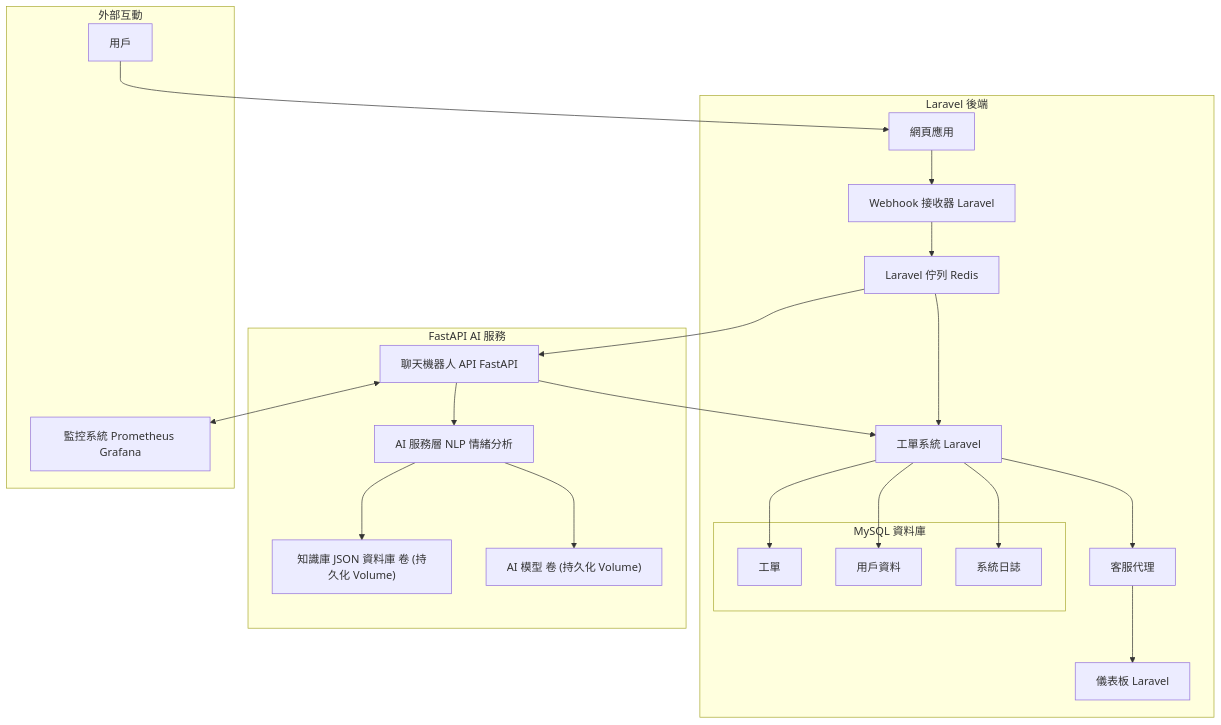
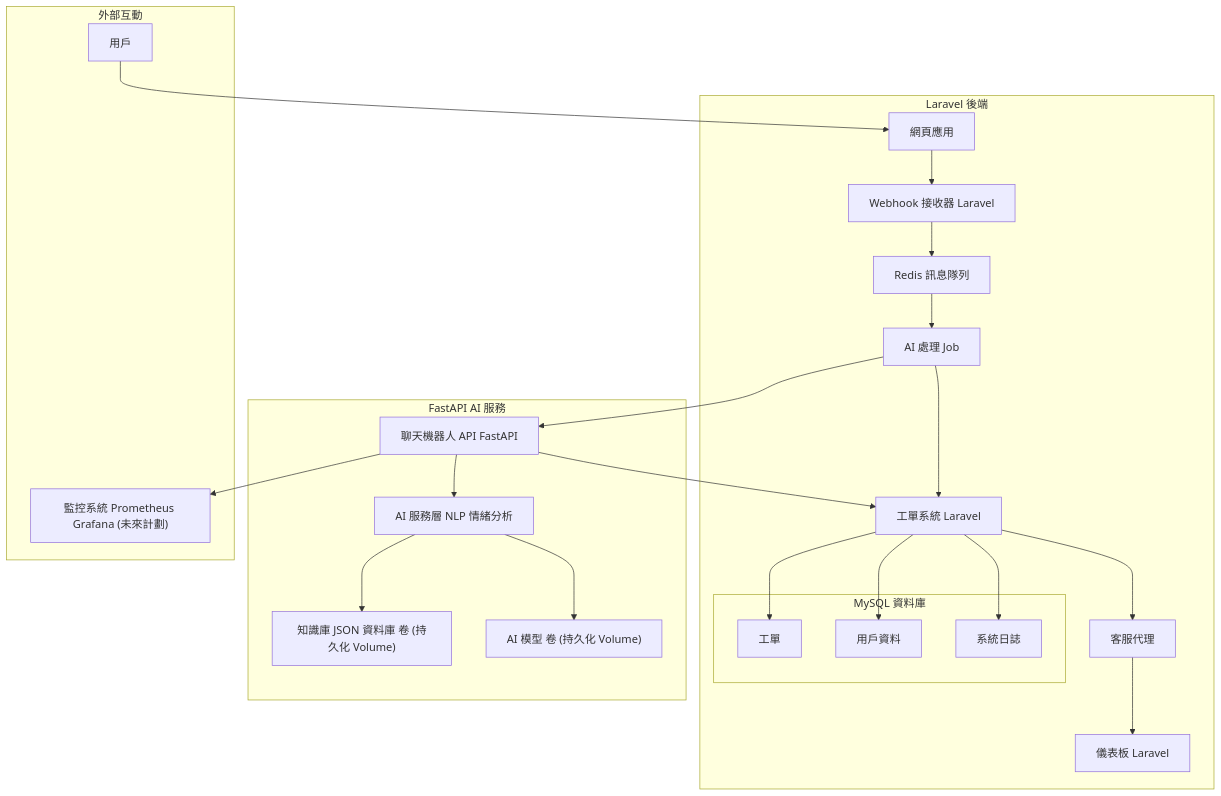
Before and after one commit to BpsEason/smart-customer-support-system: the diagram in README.md, drawn with Mermaid.

````diff
--- a/README.md
+++ b/README.md
@@ -30,33 +30,34 @@
 ```mermaid
 graph TD
     subgraph Laravel 後端
         B["網頁應用"] --> C["Webhook 接收器 Laravel"]
-        C --> D["Laravel 佇列 Redis"]
+        C --> R["Redis 訊息隊列"]
+        R --> D["AI 處理 Job"]
         D --> I["工單系統 Laravel"]
         I --> J["客服代理"]
         J --> K["儀表板 Laravel"]
         subgraph MySQL 資料庫
             M1["工單"]
             M2["用戶資料"]
             M3["系統日誌"]
         end
         I --> M1
         I --> M2
         I --> M3
     end
 
     subgraph FastAPI AI 服務
         E["聊天機器人 API FastAPI"] --> F["AI 服務層 NLP 情緒分析"]
         F --> G["知識庫 JSON 資料庫 卷 (持久化 Volume)"]
         F --> H["AI 模型 卷 (持久化 Volume)"]
         D --> E
+        E --> I
     end
 
     subgraph 外部互動
         A["用戶"] --> B
-        L["監控系統 Prometheus Grafana"]
+        L["監控系統 Prometheus Grafana (未來計劃)"]
     end
 
-    E <--> L
-    E --> I
+    E --> L
 ```
````
